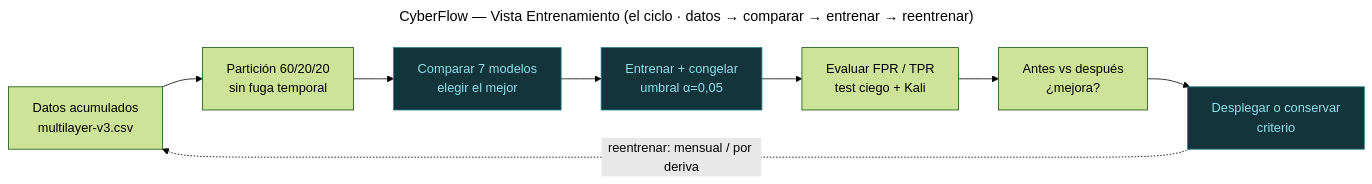
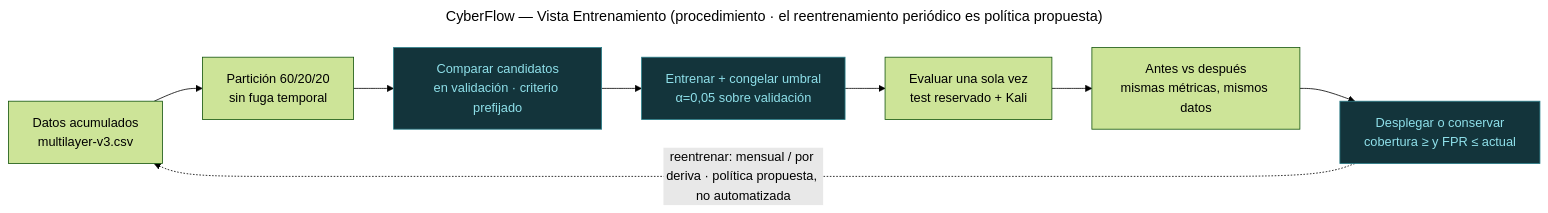
Before and after one commit to marksato13/VF-PPI-TESIS-ORQUESTACION: the third of 3 diagrams in 02-metodologia/diagramas-vistas-gui/README.md, drawn with Mermaid (forest theme). The commit also changed other lines of this file and 4 other files, not shown here.

Commit message:
Diagramas: seleccion en validacion con criterio prefijado, test reservado y reentrenamiento como politica propuesta

````diff
--- a/02-metodologia/diagramas-vistas-gui/README.md
+++ b/02-metodologia/diagramas-vistas-gui/README.md
@@ -139,19 +152,19 @@
 ```mermaid
 ---
-title: CyberFlow — Vista Entrenamiento (el ciclo · datos → comparar → entrenar → reentrenar)
+title: CyberFlow — Vista Entrenamiento (procedimiento · el reentrenamiento periódico es política propuesta)
 ---
 flowchart LR
   e_datos["Datos acumulados<br/>multilayer-v3.csv"]
   e_part["Partición 60/20/20<br/>sin fuga temporal"]
-  e_comp["Comparar 7 modelos<br/>elegir el mejor"]
-  e_train["Entrenar + congelar<br/>umbral α=0,05"]
-  e_eval["Evaluar FPR / TPR<br/>test ciego + Kali"]
-  e_antes["Antes vs después<br/>¿mejora?"]
-  e_dec["Desplegar o conservar<br/>criterio"]
+  e_comp["Comparar candidatos<br/>en validación · criterio prefijado"]
+  e_train["Entrenar + congelar umbral<br/>α=0,05 sobre validación"]
+  e_eval["Evaluar una sola vez<br/>test reservado + Kali"]
+  e_antes["Antes vs después<br/>mismas métricas, mismos datos"]
+  e_dec["Desplegar o conservar<br/>cobertura ≥ y FPR ≤ actual"]
 
   e_datos --> e_part --> e_comp --> e_train --> e_eval --> e_antes --> e_dec
-  e_dec -. "reentrenar: mensual / por deriva" .-> e_datos
+  e_dec -. "reentrenar: mensual / por deriva · política propuesta, no automatizada" .-> e_datos
 
   classDef accent fill:#13343b,stroke:#2a7f8a,color:#8fe0ea;
   class e_comp,e_train,e_dec accent;
 ```
````
